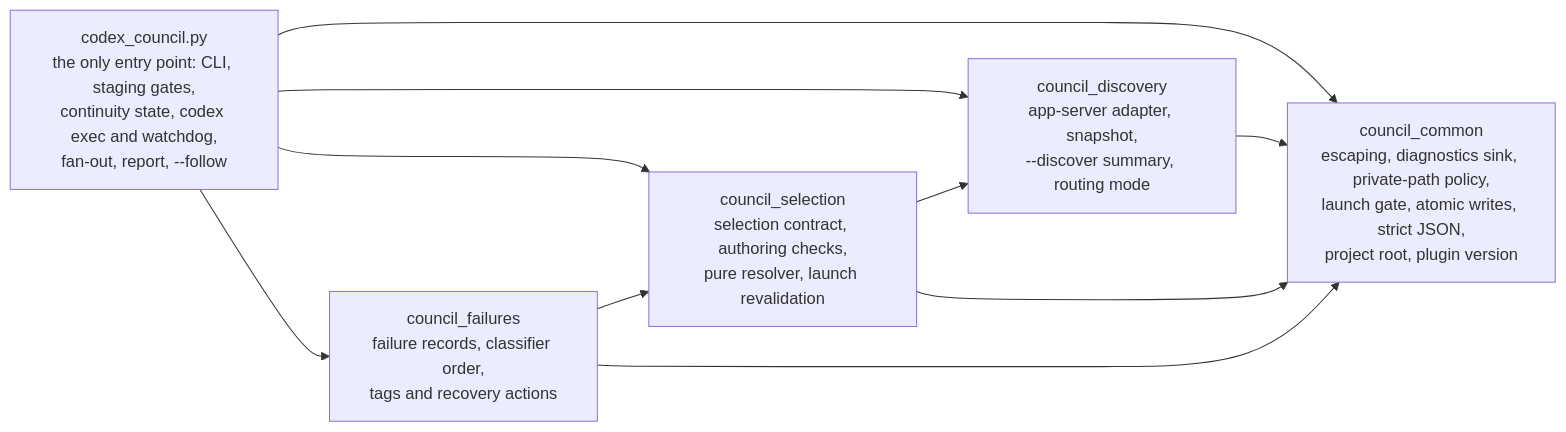
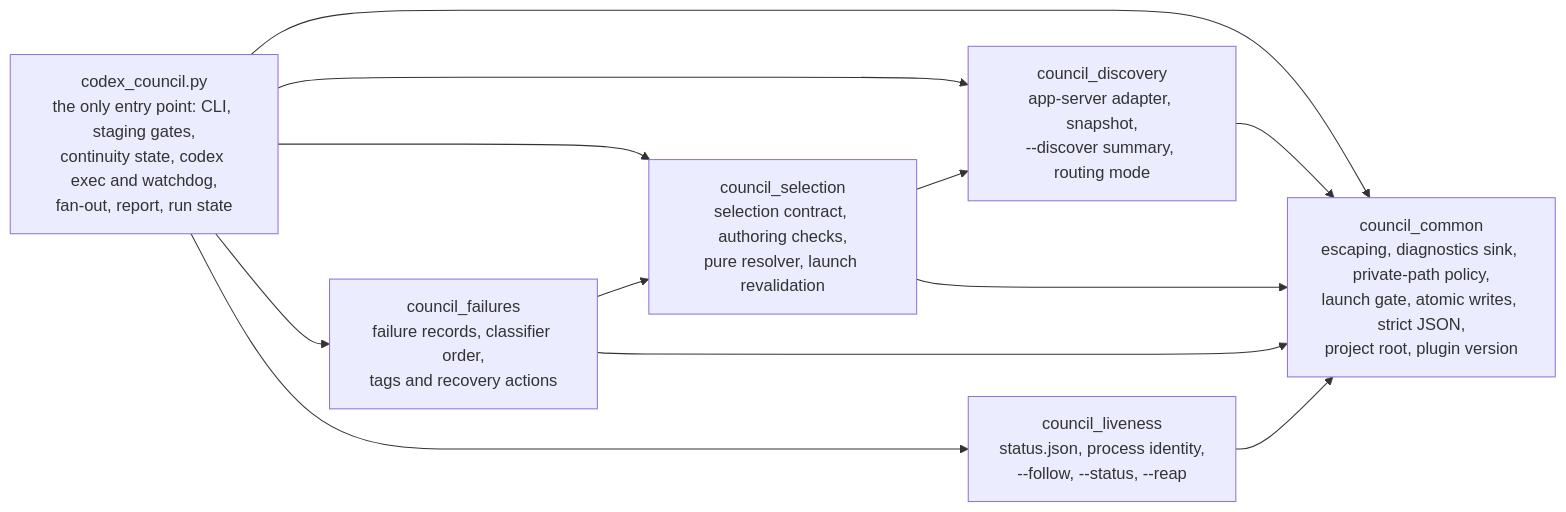
Before and after one commit to ehzawad/codex-council: the first of 6 diagrams in DESIGN.md, drawn with Mermaid. The commit also changed other lines of this file and 13 other files, not shown here.

````diff
--- a/DESIGN.md
+++ b/DESIGN.md
@@ -21,18 +22,21 @@
 ```mermaid
 flowchart LR
-    Entry["codex_council.py<br/>the only entry point: CLI, staging gates,<br/>continuity state, codex exec and watchdog,<br/>fan-out, report, --follow"]
+    Entry["codex_council.py<br/>the only entry point: CLI, staging gates,<br/>continuity state, codex exec and watchdog,<br/>fan-out, report, run state"]
     Common["council_common<br/>escaping, diagnostics sink, private-path policy,<br/>launch gate, atomic writes, strict JSON,<br/>project root, plugin version"]
     Discovery["council_discovery<br/>app-server adapter, snapshot,<br/>--discover summary, routing mode"]
     Selection["council_selection<br/>selection contract, authoring checks,<br/>pure resolver, launch revalidation"]
     Failures["council_failures<br/>failure records, classifier order,<br/>tags and recovery actions"]
+    Liveness["council_liveness<br/>status.json, process identity,<br/>--follow, --status, --reap"]
 
     Entry --> Common
     Entry --> Discovery
     Entry --> Selection
     Entry --> Failures
+    Entry --> Liveness
     Discovery --> Common
     Selection --> Common
     Selection --> Discovery
     Failures --> Common
     Failures --> Selection
+    Liveness --> Common
 ```
````
